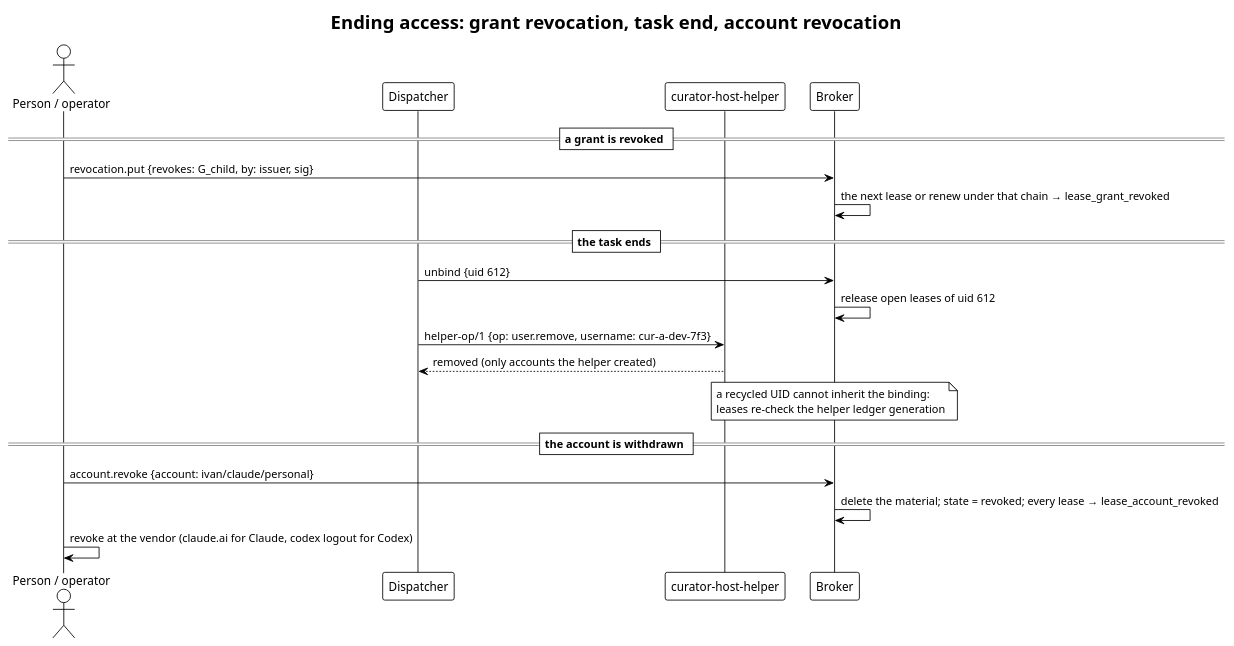
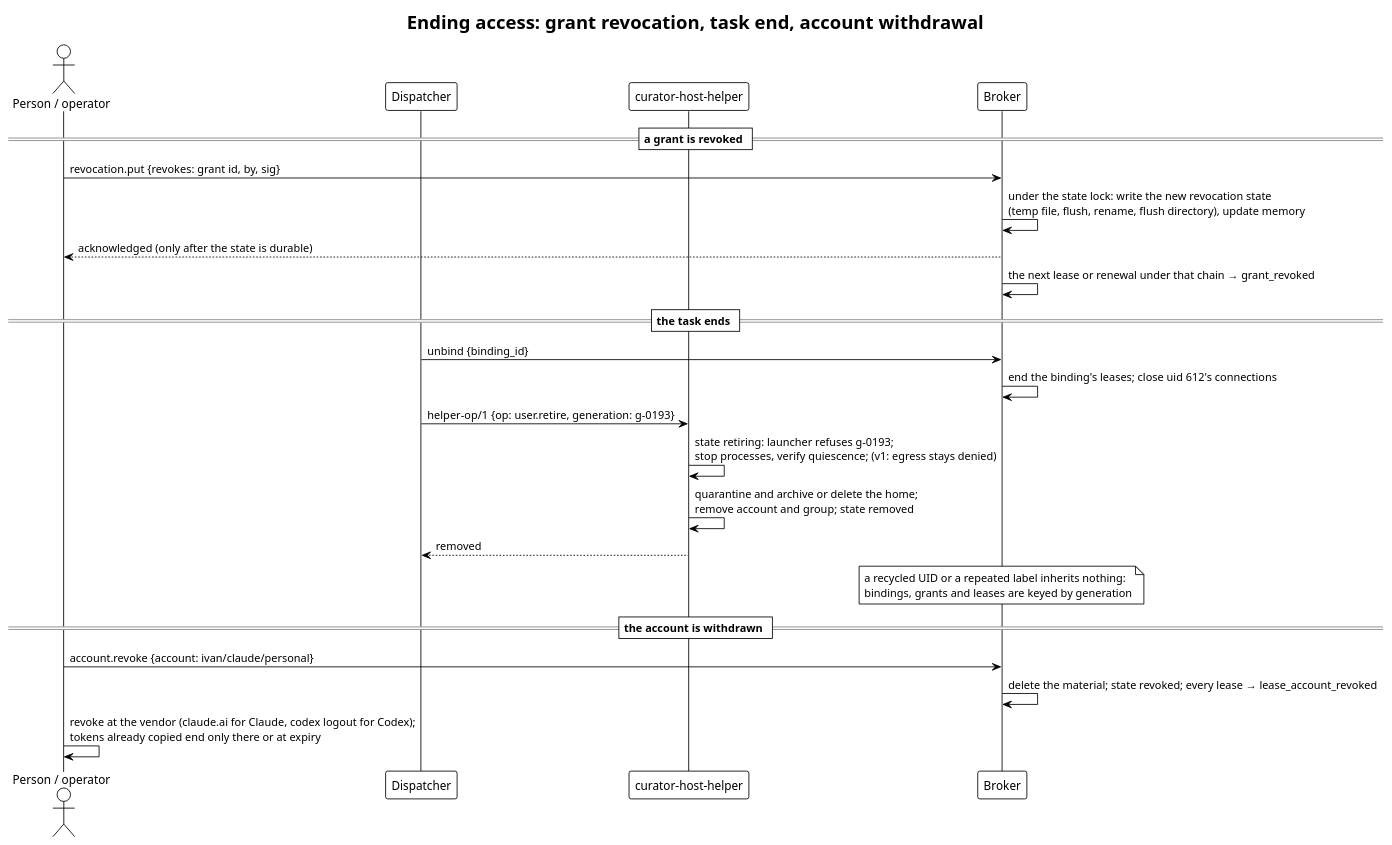
One commit to relux-works/curator-credential-broker changed the diagram in diagrams/revoke-and-unbind.puml. Above: the diagram before and after it, drawn with PlantUML. The commit also changed 5 other files, not shown here.

First line of the commit message:
Revise the broker specification after the architecture review (v0.2)

```diff
--- a/diagrams/revoke-and-unbind.puml
+++ b/diagrams/revoke-and-unbind.puml
@@ -1,25 +1,29 @@
 @startuml revoke-and-unbind
 !theme plain
-title Ending access: grant revocation, task end, account revocation
+title Ending access: grant revocation, task end, account withdrawal
 
 actor "Person / operator" as P
 participant "Dispatcher" as D
 participant "curator-host-helper" as H
 participant "Broker" as B
 
 == a grant is revoked ==
-P -> B: revocation.put {revokes: G_child, by: issuer, sig}
-B -> B: the next lease or renew under that chain → lease_grant_revoked
+P -> B: revocation.put {revokes: grant id, by, sig}
+B -> B: under the state lock: write the new revocation state\n(temp file, flush, rename, flush directory), update memory
+B --> P: acknowledged (only after the state is durable)
+B -> B: the next lease or renewal under that chain → grant_revoked
 
 == the task ends ==
-D -> B: unbind {uid 612}
-B -> B: release open leases of uid 612
-D -> H: helper-op/1 {op: user.remove, username: cur-a-dev-7f3}
-H --> D: removed (only accounts the helper created)
-note over B: a recycled UID cannot inherit the binding:\nleases re-check the helper ledger generation
+D -> B: unbind {binding_id}
+B -> B: end the binding's leases; close uid 612's connections
+D -> H: helper-op/1 {op: user.retire, generation: g-0193}
+H -> H: state retiring: launcher refuses g-0193;\nstop processes, verify quiescence; (v1: egress stays denied)
+H -> H: quarantine and archive or delete the home;\nremove account and group; state removed
+H --> D: removed
+note over B: a recycled UID or a repeated label inherits nothing:\nbindings, grants and leases are keyed by generation
 
 == the account is withdrawn ==
 P -> B: account.revoke {account: ivan/claude/personal}
-B -> B: delete the material; state = revoked; every lease → lease_account_revoked
-P -> P: revoke at the vendor (claude.ai for Claude, codex logout for Codex)
+B -> B: delete the material; state revoked; every lease → lease_account_revoked
+P -> P: revoke at the vendor (claude.ai for Claude, codex logout for Codex);\ntokens already copied end only there or at expiry
 @enduml
```
